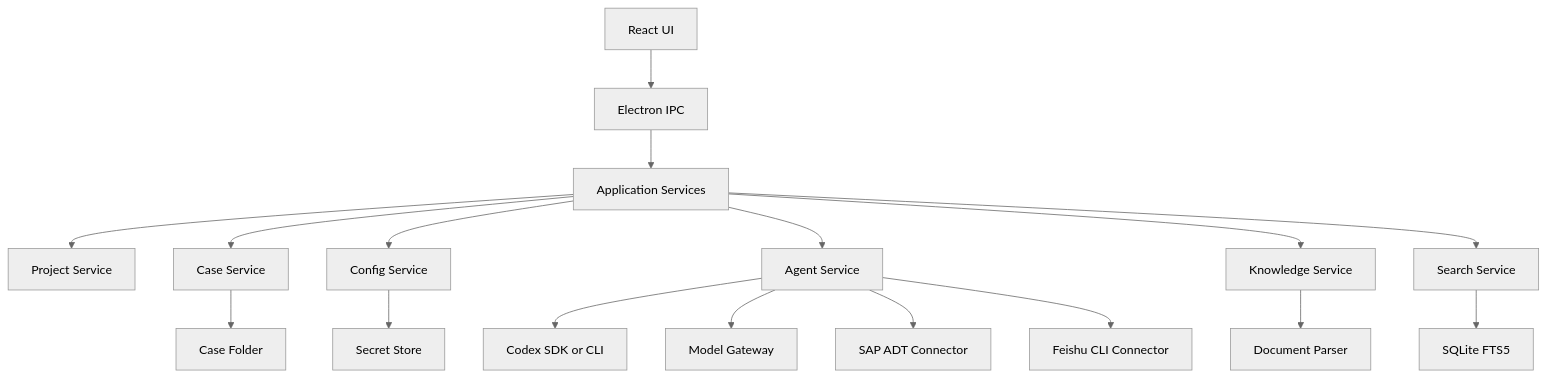
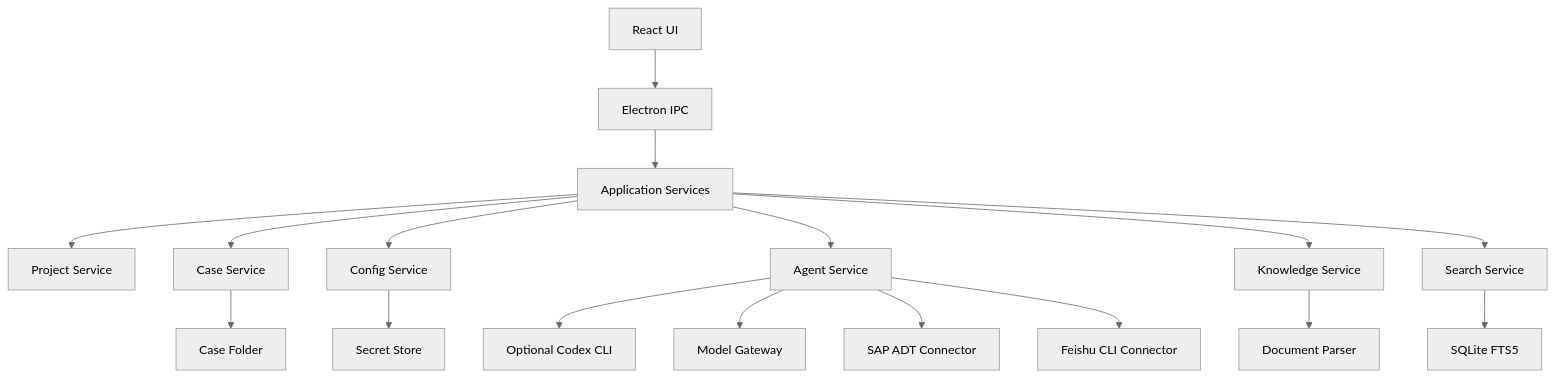
The first of 4 diagrams in docs/product-prototype/TECHNICAL_IMPLEMENTATION.md (123225073/sap-ai-consultant-workbench), drawn with Mermaid (neutral theme) before and after one commit. The commit also changed other lines of this file and 96 other files, not shown here.

````diff
--- a/docs/product-prototype/TECHNICAL_IMPLEMENTATION.md
+++ b/docs/product-prototype/TECHNICAL_IMPLEMENTATION.md
@@ -69,19 +70,19 @@
 ```mermaid
 flowchart TD
   A["React UI"] --> B["Electron IPC"]
   B --> C["Application Services"]
   C --> D["Project Service"]
   C --> E["Case Service"]
   C --> F["Config Service"]
   C --> G["Agent Service"]
   C --> H["Knowledge Service"]
   C --> I["Search Service"]
   F --> J["Secret Store"]
-  G --> K["Codex SDK or CLI"]
+  G --> K["Optional Codex CLI"]
   G --> L["Model Gateway"]
   G --> M["SAP ADT Connector"]
   G --> N["Feishu CLI Connector"]
   H --> O["Document Parser"]
   I --> P["SQLite FTS5"]
   E --> Q["Case Folder"]
 ```
````
